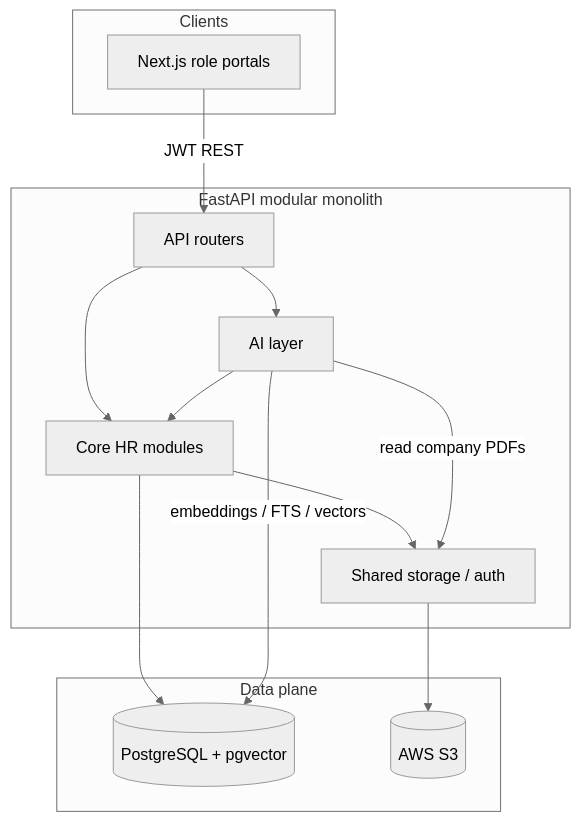
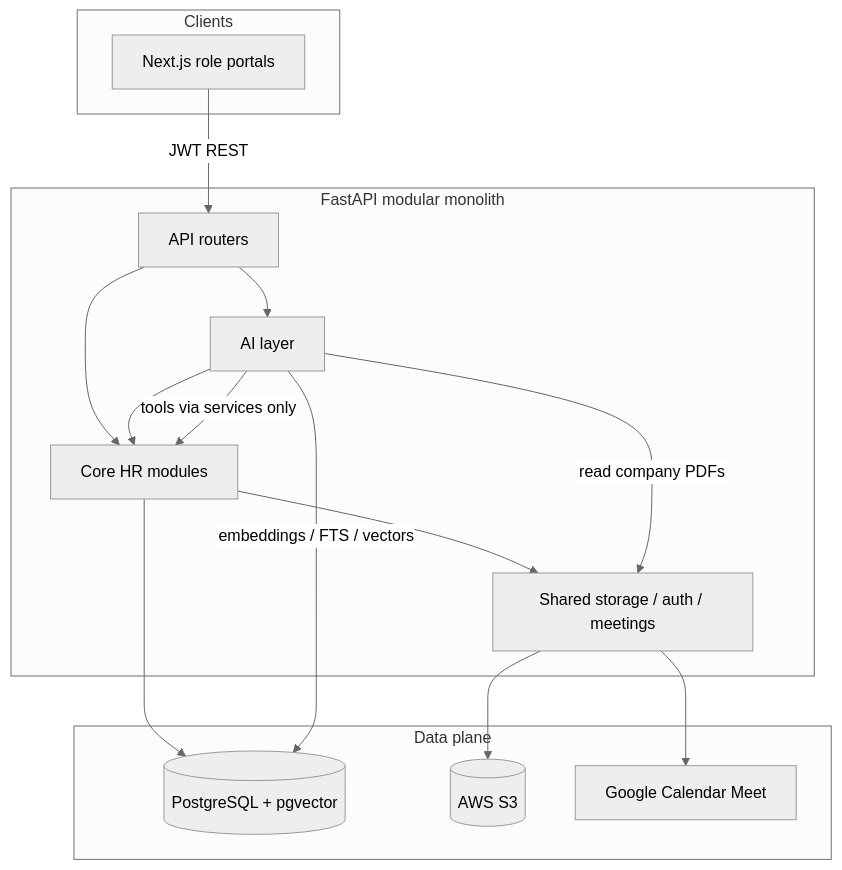
The first of 3 diagrams in README.md (AnnyStevia/hr-multi-agentic-system), drawn with Mermaid (neutral theme) before and after one commit. The commit also changed other lines of this file and 15 other files, not shown here.

````diff
--- a/README.md
+++ b/README.md
@@ -11,28 +11,31 @@
 ```mermaid
 flowchart TB
   subgraph clients [Clients]
     Web[Next.js role portals]
   end
 
   subgraph backend [FastAPI modular monolith]
     API[API routers]
     Modules[Core HR modules]
     AI[AI layer]
-    Shared[Shared storage / auth]
+    Shared[Shared storage / auth / meetings]
     API --> Modules
     API --> AI
     Modules --> Shared
     AI --> Modules
   end
 
   subgraph data [Data plane]
     PG[(PostgreSQL + pgvector)]
     S3[(AWS S3)]
+    Meet[Google Calendar Meet]
   end
 
   Web -->|JWT REST| API
   Modules --> PG
   Shared --> S3
+  Shared --> Meet
   AI -->|embeddings / FTS / vectors| PG
+  AI -->|tools via services only| Modules
   AI -->|read company PDFs| Shared
 ```
````
